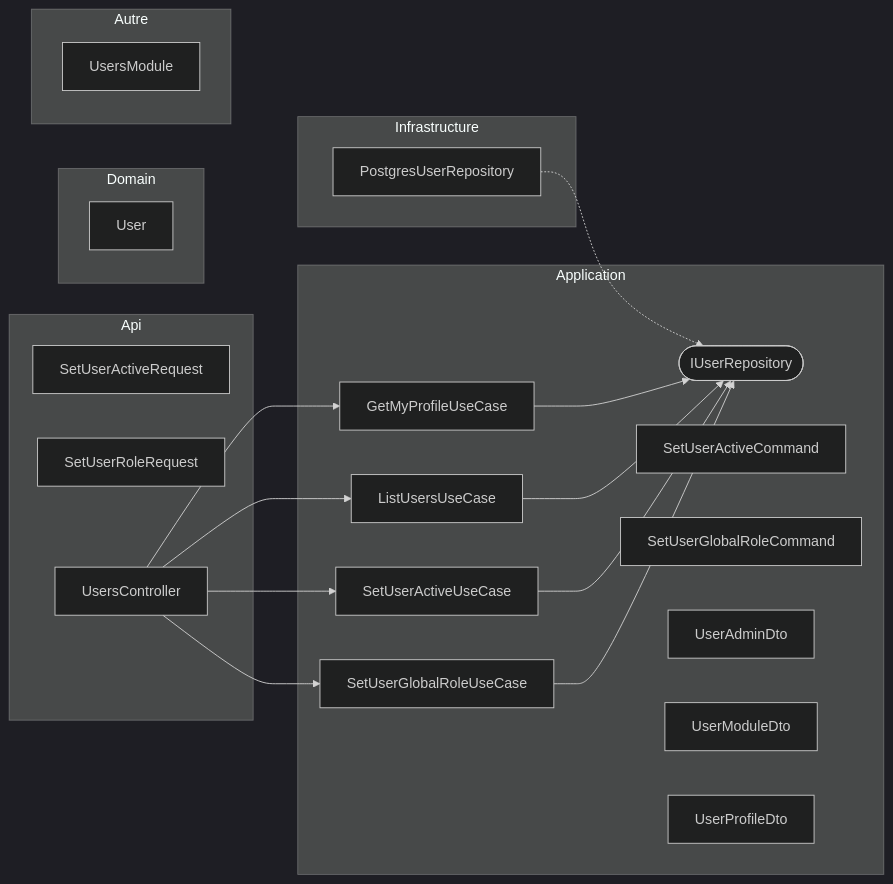
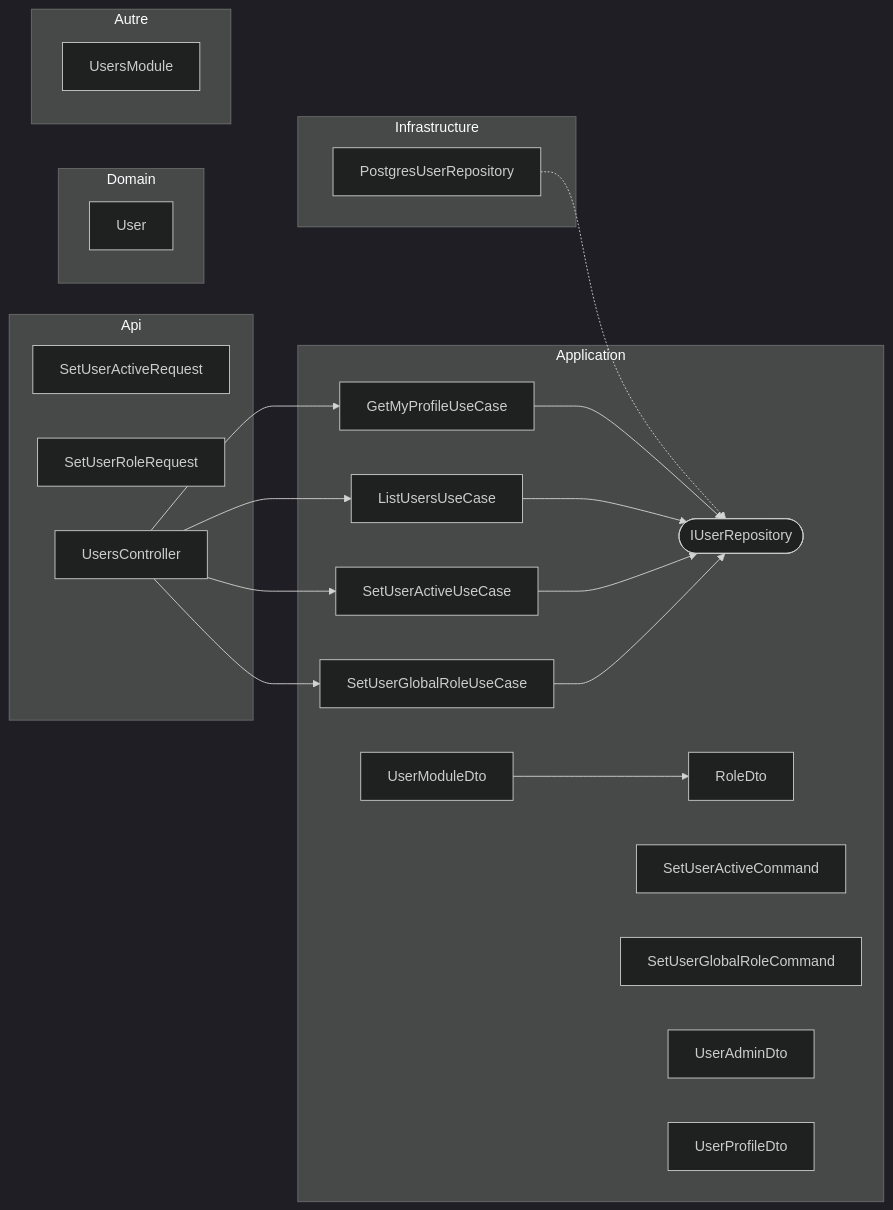
Before and after one commit to huiitre/Tools-app: the diagram in api/docs/diagrams/Core/Users/users.md, drawn with Mermaid (dark theme). The commit also changed 22 other files, not shown here.

````diff
--- a/api/docs/diagrams/Core/Users/users.md
+++ b/api/docs/diagrams/Core/Users/users.md
@@ -5,38 +5,40 @@
 ```mermaid
 flowchart LR
   subgraph Api
   SetUserActiveRequest["SetUserActiveRequest"]
   SetUserRoleRequest["SetUserRoleRequest"]
   UsersController["UsersController"]
   end
   subgraph Application
   GetMyProfileUseCase["GetMyProfileUseCase"]
   IUserRepository(["IUserRepository"])
   ListUsersUseCase["ListUsersUseCase"]
+  RoleDto["RoleDto"]
   SetUserActiveCommand["SetUserActiveCommand"]
   SetUserActiveUseCase["SetUserActiveUseCase"]
   SetUserGlobalRoleCommand["SetUserGlobalRoleCommand"]
   SetUserGlobalRoleUseCase["SetUserGlobalRoleUseCase"]
   UserAdminDto["UserAdminDto"]
   UserModuleDto["UserModuleDto"]
   UserProfileDto["UserProfileDto"]
   end
   subgraph Domain
   User["User"]
   end
   subgraph Infrastructure
   PostgresUserRepository["PostgresUserRepository"]
   end
   subgraph Autre
   UsersModule["UsersModule"]
   end
   GetMyProfileUseCase --> IUserRepository
   ListUsersUseCase --> IUserRepository
   PostgresUserRepository -.-> IUserRepository
   SetUserActiveUseCase --> IUserRepository
   SetUserGlobalRoleUseCase --> IUserRepository
+  UserModuleDto --> RoleDto
   UsersController --> GetMyProfileUseCase
   UsersController --> ListUsersUseCase
   UsersController --> SetUserActiveUseCase
   UsersController --> SetUserGlobalRoleUseCase
 ```
````
